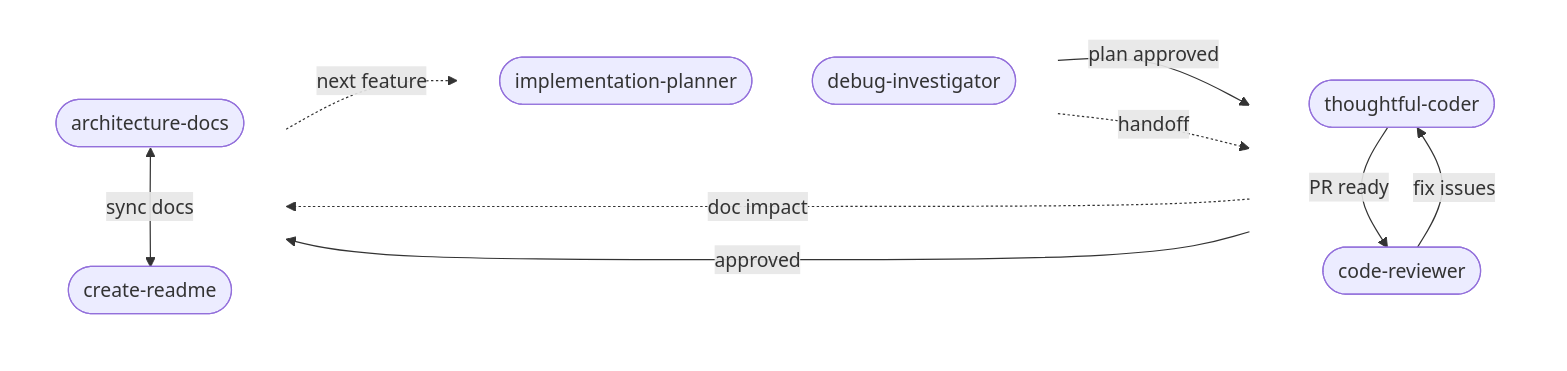
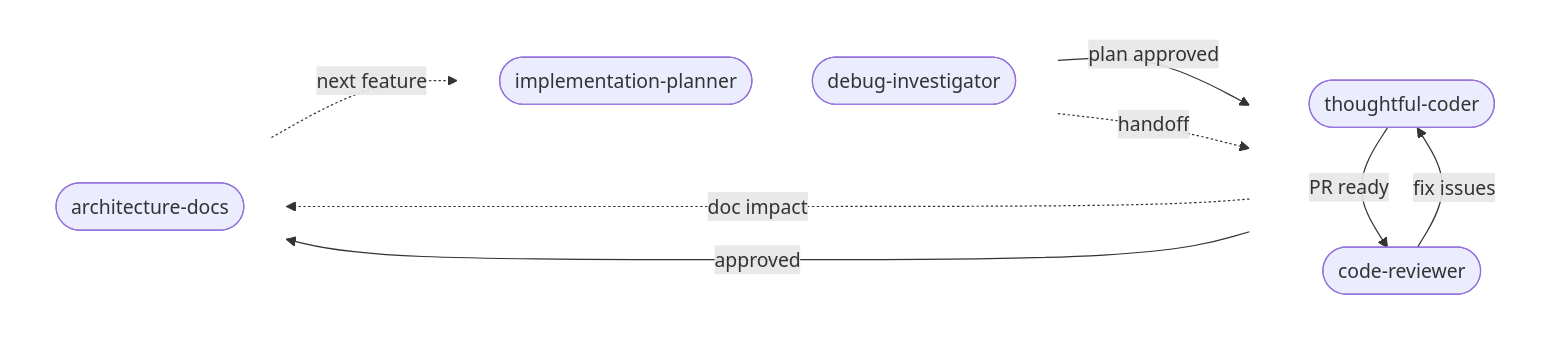
Before and after one commit to Flowerf19/agents-skills: the diagram in README.md, drawn with Mermaid. The commit also changed other lines of this file and 3 other files, not shown here.

First line of the commit message:
Merge create-readme into architecture-docs (docs consolidation, 5 skills)

````diff
--- a/README.md
+++ b/README.md
@@ -87,33 +85,31 @@
 ```mermaid
 flowchart LR
     subgraph col1[" "]
         direction TB
         IP([implementation-planner])
         DI([debug-investigator])
     end
 
     subgraph col2[" "]
         direction TB
         TC([thoughtful-coder])
         CR([code-reviewer])
     end
 
     subgraph col3[" "]
         direction TB
-        RM([create-readme])
         AD([architecture-docs])
     end
 
     IP -->|plan approved| TC
     DI -.->|handoff| TC
     TC -->|PR ready| CR
     CR -->|fix issues| TC
-    TC -.->|doc impact| RM
+    TC -.->|doc impact| AD
     CR -->|approved| AD
-    AD <-->|sync docs| RM
     AD -.->|next feature| IP
 
     style col1 fill:none,stroke:none
     style col2 fill:none,stroke:none
     style col3 fill:none,stroke:none
 ```
````
